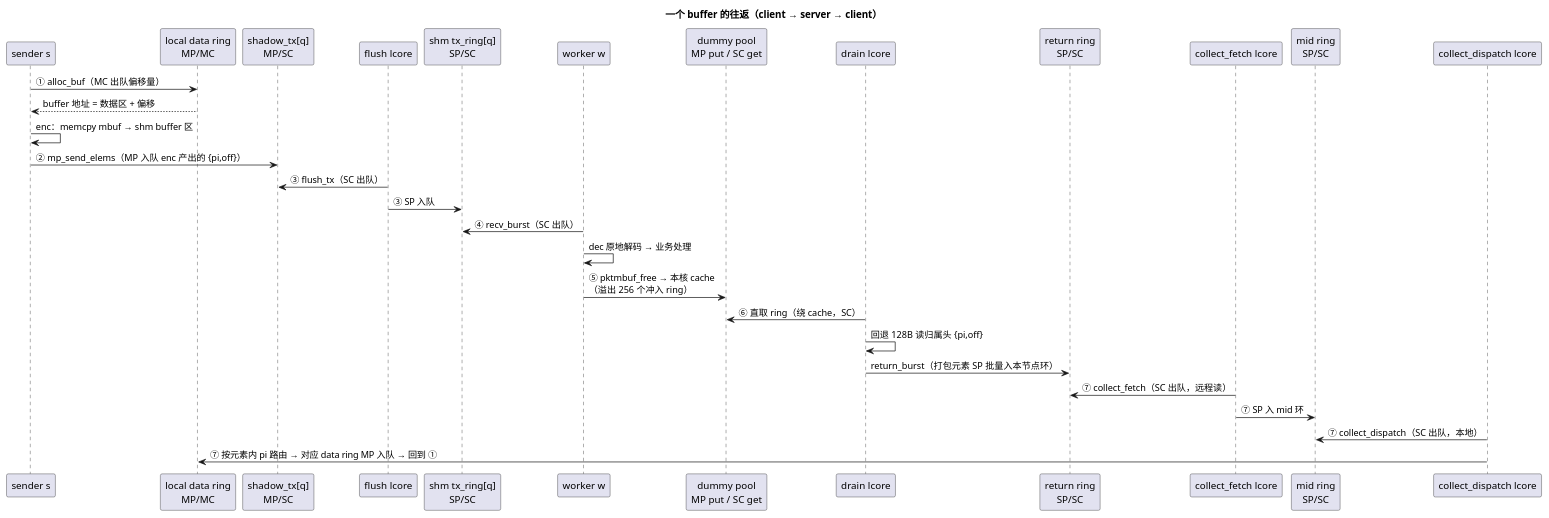
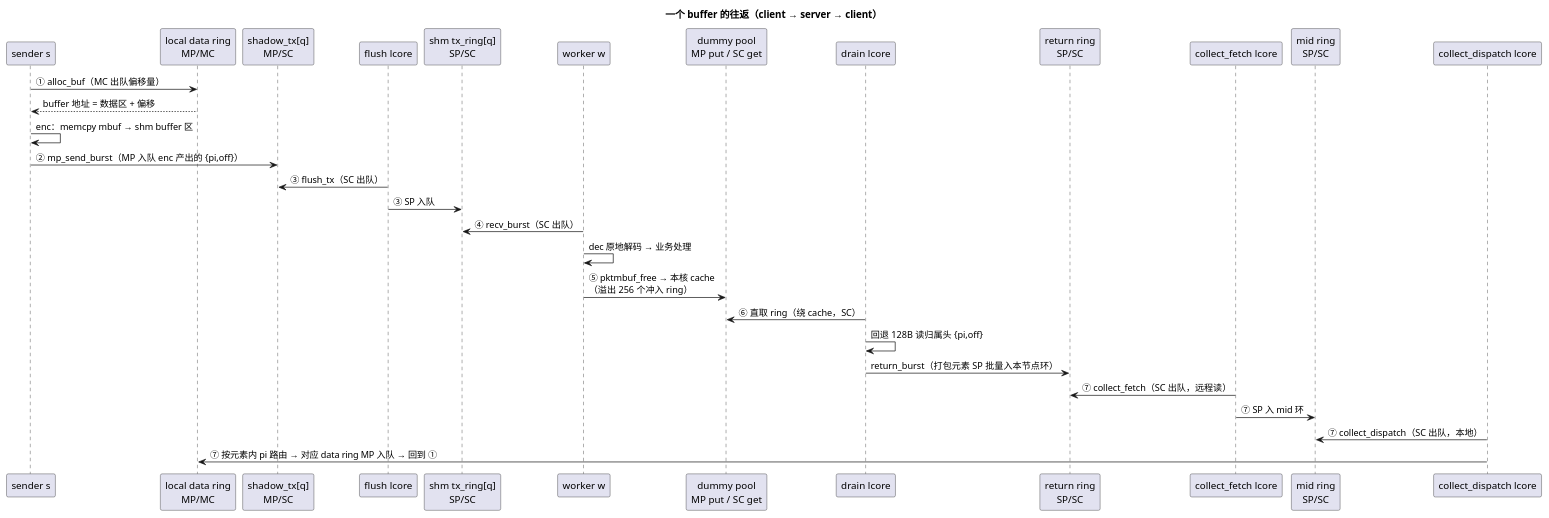
Before and after one commit to kunpengcompute/dpdk: the second of 2 diagrams in demo2/ub_ring_model.md, drawn with PlantUML. The commit also changed other lines of this file and 4 other files, not shown here.

````diff
--- a/demo2/ub_ring_model.md
+++ b/demo2/ub_ring_model.md
@@ -107,35 +107,35 @@
 ```plantuml
 @startuml
 title 一个 buffer 的往返（client → server → client）
 
 participant "sender s" as S
 participant "local data ring\nMP/MC" as LDR
 participant "shadow_tx[q]\nMP/SC" as STX
 participant "flush lcore" as F
 participant "shm tx_ring[q]\nSP/SC" as TXR
 participant "worker w" as W
 participant "dummy pool\nMP put / SC get" as D
 participant "drain lcore" as DR
 participant "return ring\nSP/SC" as RR
 participant "collect_fetch lcore" as C
 participant "mid ring\nSP/SC" as MID
 participant "collect_dispatch lcore" as DI
 
 S -> LDR : ① alloc_buf（MC 出队偏移量）
 LDR --> S : buffer 地址 = 数据区 + 偏移
 S -> S : enc：memcpy mbuf → shm buffer 区
-S -> STX : ② mp_send_elems（MP 入队 enc 产出的 {pi,off}）
+S -> STX : ② mp_send_burst（MP 入队 enc 产出的 {pi,off}）
 F -> STX : ③ flush_tx（SC 出队）
 F -> TXR : ③ SP 入队
 W -> TXR : ④ recv_burst（SC 出队）
 W -> W : dec 原地解码 → 业务处理
 W -> D : ⑤ pktmbuf_free → 本核 cache\n（溢出 256 个冲入 ring）
 DR -> D : ⑥ 直取 ring（绕 cache，SC）
 DR -> DR : 回退 128B 读归属头 {pi,off}
 DR -> RR : return_burst（打包元素 SP 批量入本节点环）
 C -> RR : ⑦ collect_fetch（SC 出队，远程读）
 C -> MID : ⑦ SP 入 mid 环
 DI -> MID : ⑦ collect_dispatch（SC 出队，本地）
 DI -> LDR : ⑦ 按元素内 pi 路由 → 对应 data ring MP 入队 → 回到 ①
 @enduml
 ```
````
